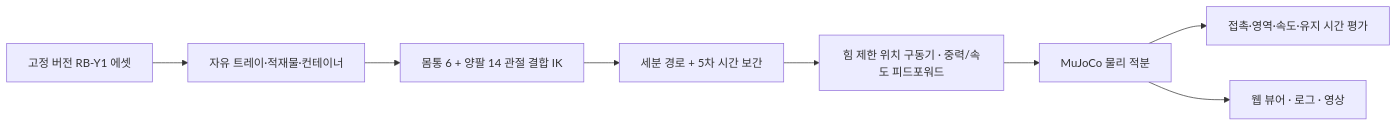
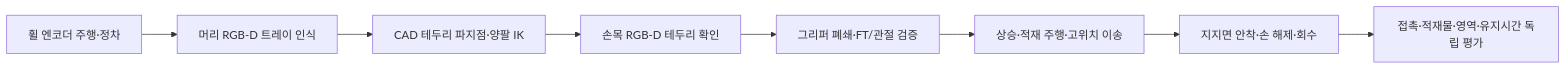
Before and after one commit to mmporong/rby1-tray-lab: the diagram in README.md, drawn with Mermaid. The commit also changed other lines of this file and 34 other files, not shown here.

````diff
--- a/README.md
+++ b/README.md
@@ -38,10 +25,10 @@
 ```mermaid
 flowchart LR
-  A[고정 버전 RB-Y1 에셋] --> B[자유 트레이·적재물·컨테이너]
-  B --> C[몸통 6 + 양팔 14 관절 결합 IK]
-  C --> D[세분 경로 + 5차 시간 보간]
-  D --> E[힘 제한 위치 구동기 · 중력/속도 피드포워드]
-  E --> F[MuJoCo 물리 적분]
-  F --> G[접촉·영역·속도·유지 시간 평가]
-  F --> H[웹 뷰어 · 로그 · 영상]
+  A[휠 엔코더 주행·정차] --> B[머리 RGB-D 트레이 인식]
+  B --> C[CAD 테두리 파지점·양팔 IK]
+  C --> D[손목 RGB-D 테두리 확인]
+  D --> E[그리퍼 폐쇄·FT/관절 검증]
+  E --> F[상승·적재 주행·고위치 이송]
+  F --> G[지지면 안착·손 해제·회수]
+  G --> H[접촉·적재물·영역·유지시간 독립 평가]
 ```
````
